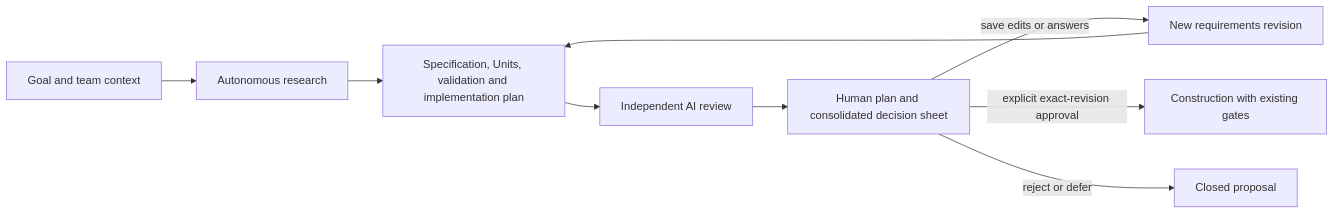
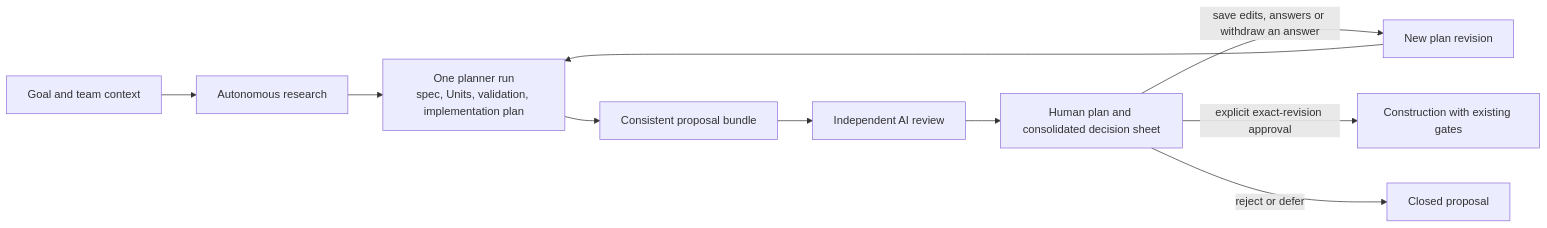
Before and after one commit to ron96g/software-factory: the third of 6 diagrams in docs/architecture.md, drawn with Mermaid. The commit also changed other lines of this file and 39 other files, not shown here.

First line of the commit message:
X30–X31: one planner run, focused decision sheet and approved design (ADR-0050, ADR-0051)

````diff
--- a/docs/architecture.md
+++ b/docs/architecture.md
@@ -113,11 +120,12 @@
 ```mermaid
 flowchart LR
   Intent["Goal and team context"] --> Research["Autonomous research"]
-  Research --> Draft["Specification, Units, validation and implementation plan"]
+  Research --> Planner["One planner run<br/>spec, Units, validation, implementation plan"]
+  Planner --> Draft["Consistent proposal bundle"]
   Draft --> Review["Independent AI review"]
   Review --> Sheet["Human plan and consolidated decision sheet"]
-  Sheet -- "save edits or answers" --> Revision["New requirements revision"]
-  Revision --> Draft
+  Sheet -- "save edits, answers or withdraw an answer" --> Revision["New plan revision"]
+  Revision --> Planner
   Sheet -- "explicit exact-revision approval" --> Construction["Construction with existing gates"]
   Sheet -- "reject or defer" --> Closed["Closed proposal"]
 ```
````
